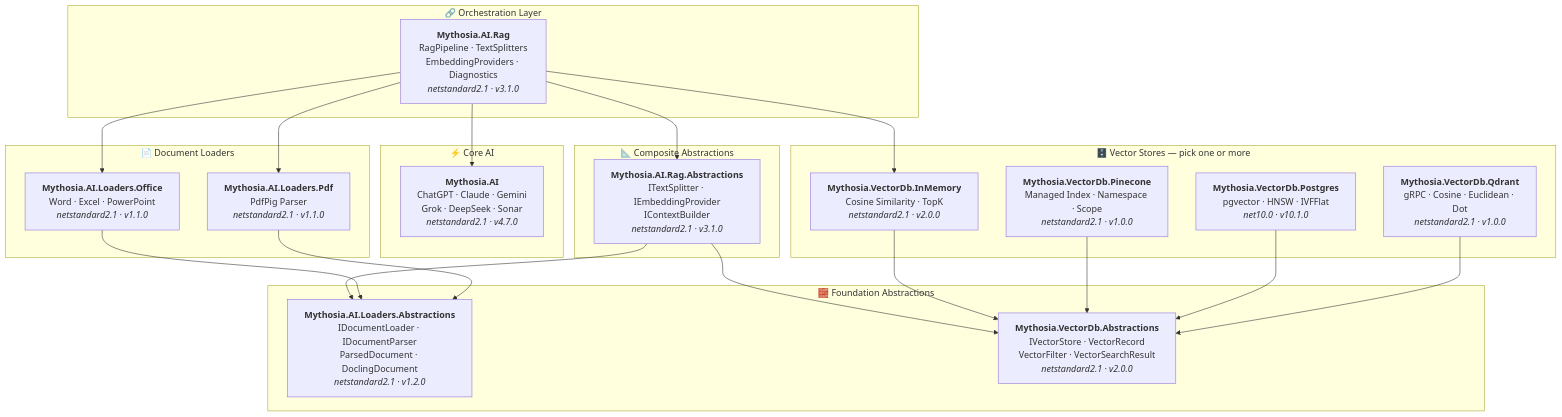
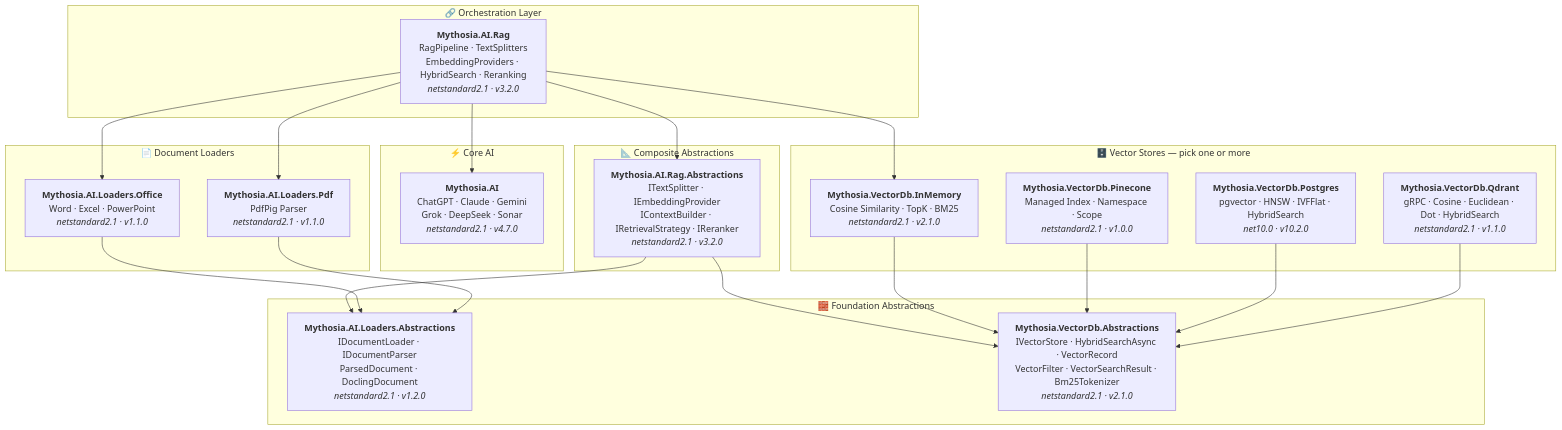
One commit to AJ-comp/Mythosia.AI changed the diagram in README.md. Above: the diagram before and after it, drawn with Mermaid. The commit also changed 27 other files, not shown here.

First line of the commit message:
feat(rag): add hybrid search (BM25+vector), retrieval strategy & re-ranking support

````diff
--- a/README.md
+++ b/README.md
@@ -56,52 +56,52 @@
 ```mermaid
 graph TD
     subgraph "🔗 Orchestration Layer"
-        Rag["<b>Mythosia.AI.Rag</b><br/>RagPipeline · TextSplitters<br/>EmbeddingProviders · Diagnostics<br/><i>netstandard2.1 · v3.1.0</i>"]
+        Rag["<b>Mythosia.AI.Rag</b><br/>RagPipeline · TextSplitters<br/>EmbeddingProviders · HybridSearch · Reranking<br/><i>netstandard2.1 · v3.2.0</i>"]
     end
 
     subgraph "📐 Composite Abstractions"
-        RagAbs["<b>Mythosia.AI.Rag.Abstractions</b><br/>ITextSplitter · IEmbeddingProvider<br/>IContextBuilder<br/><i>netstandard2.1 · v3.1.0</i>"]
+        RagAbs["<b>Mythosia.AI.Rag.Abstractions</b><br/>ITextSplitter · IEmbeddingProvider<br/>IContextBuilder · IRetrievalStrategy · IReranker<br/><i>netstandard2.1 · v3.2.0</i>"]
     end
 
     subgraph "⚡ Core AI"
         AI["<b>Mythosia.AI</b><br/>ChatGPT · Claude · Gemini<br/>Grok · DeepSeek · Sonar<br/><i>netstandard2.1 · v4.7.0</i>"]
     end
 
     subgraph "📄 Document Loaders"
         Office["<b>Mythosia.AI.Loaders.Office</b><br/>Word · Excel · PowerPoint<br/><i>netstandard2.1 · v1.1.0</i>"]
         Pdf["<b>Mythosia.AI.Loaders.Pdf</b><br/>PdfPig Parser<br/><i>netstandard2.1 · v1.1.0</i>"]
     end
 
     subgraph "🗄️ Vector Stores — pick one or more"
-        InMem["<b>Mythosia.VectorDb.InMemory</b><br/>Cosine Similarity · TopK<br/><i>netstandard2.1 · v2.0.0</i>"]
+        InMem["<b>Mythosia.VectorDb.InMemory</b><br/>Cosine Similarity · TopK · BM25<br/><i>netstandard2.1 · v2.1.0</i>"]
         Pine["<b>Mythosia.VectorDb.Pinecone</b><br/>Managed Index · Namespace · Scope<br/><i>netstandard2.1 · v1.0.0</i>"]
-        Pg["<b>Mythosia.VectorDb.Postgres</b><br/>pgvector · HNSW · IVFFlat<br/><i>net10.0 · v10.1.0</i>"]
-        Qd["<b>Mythosia.VectorDb.Qdrant</b><br/>gRPC · Cosine · Euclidean · Dot<br/><i>netstandard2.1 · v1.0.0</i>"]
+        Pg["<b>Mythosia.VectorDb.Postgres</b><br/>pgvector · HNSW · IVFFlat · HybridSearch<br/><i>net10.0 · v10.2.0</i>"]
+        Qd["<b>Mythosia.VectorDb.Qdrant</b><br/>gRPC · Cosine · Euclidean · Dot · HybridSearch<br/><i>netstandard2.1 · v1.1.0</i>"]
     end
 
     subgraph "🧱 Foundation Abstractions"
         LoaderAbs["<b>Mythosia.AI.Loaders.Abstractions</b><br/>IDocumentLoader · IDocumentParser<br/>ParsedDocument · DoclingDocument<br/><i>netstandard2.1 · v1.2.0</i>"]
-        VdbAbs["<b>Mythosia.VectorDb.Abstractions</b><br/>IVectorStore · VectorRecord<br/>VectorFilter · VectorSearchResult<br/><i>netstandard2.1 · v2.0.0</i>"]
+        VdbAbs["<b>Mythosia.VectorDb.Abstractions</b><br/>IVectorStore · HybridSearchAsync · VectorRecord<br/>VectorFilter · VectorSearchResult · Bm25Tokenizer<br/><i>netstandard2.1 · v2.1.0</i>"]
     end
 
     %% Orchestration → dependencies
     Rag --> RagAbs
     Rag --> AI
     Rag --> Office
     Rag --> Pdf
     Rag --> InMem
 
     %% Composite → Foundation
     RagAbs --> LoaderAbs
     RagAbs --> VdbAbs
 
     %% Loaders → Foundation
     Office --> LoaderAbs
     Pdf --> LoaderAbs
 
     %% VectorStores → Foundation
     InMem --> VdbAbs
     Pine --> VdbAbs
     Pg --> VdbAbs
     Qd --> VdbAbs
 ```
````
